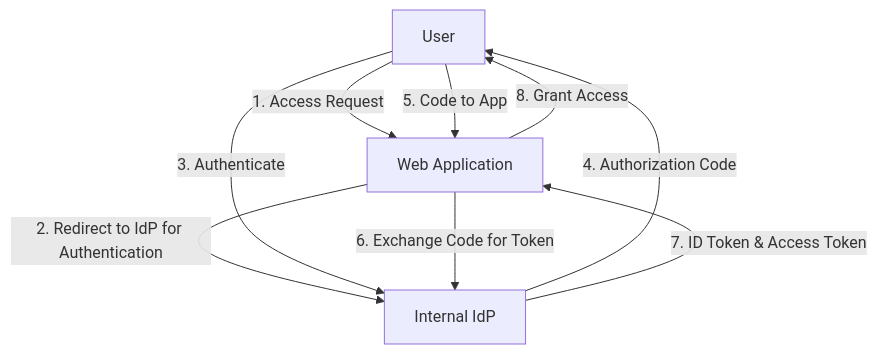
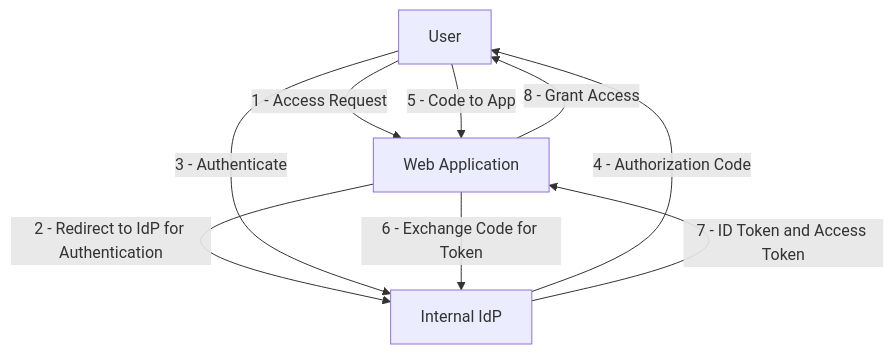
The third of 8 diagrams in design_patterns/security/sso.md (neoalienson/architect_library), drawn with Mermaid before and after one commit. The commit also changed other lines of this file and 1 other file, not shown here.

````diff
--- a/design_patterns/security/sso.md
+++ b/design_patterns/security/sso.md
@@ -54,11 +54,11 @@
 ```mermaid
 graph TD
-    User[User] -->|1. Access Request| App[Web Application]
-    App -->|2. Redirect to IdP for Authentication| IdP[Internal IdP]
-    User -->|3. Authenticate| IdP
-    IdP -->|4. Authorization Code| User
-    User -->|5. Code to App| App
-    App -->|6. Exchange Code for Token| IdP
-    IdP -->|7. ID Token & Access Token| App
-    App -->|8. Grant Access| User
+    User[User] -->|1 - Access Request| App[Web Application]
+    App -->|2 - Redirect to IdP for Authentication| IdP[Internal IdP]
+    User -->|3 - Authenticate| IdP
+    IdP -->|4 - Authorization Code| User
+    User -->|5 - Code to App| App
+    App -->|6 - Exchange Code for Token| IdP
+    IdP -->|7 - ID Token and Access Token| App
+    App -->|8 - Grant Access| User
 ```
````
